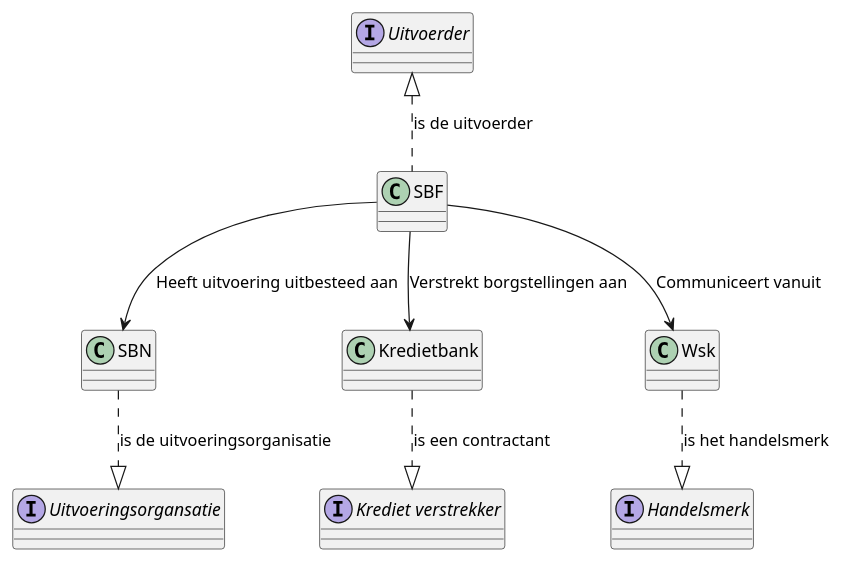
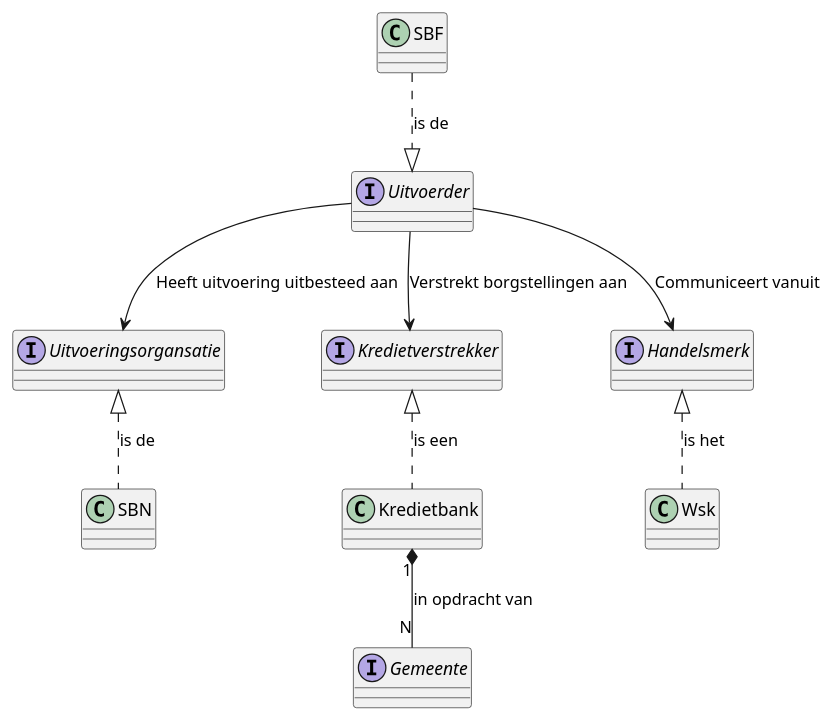
Before and after one commit to sbnnl/documentatie: the diagram in docs/context.puml, drawn with PlantUML.

Commit message:
context aangepast

```diff
--- a/docs/context.puml
+++ b/docs/context.puml
@@ -1,25 +1,29 @@
 @startuml
 
 
 interface Uitvoeringsorgansatie
 class SBN
 
 interface Uitvoerder
 class SBF
 
-interface "Krediet verstrekker" as Contractant
+interface Kredietverstrekker
 class Kredietbank
 
 interface Handelsmerk
 class Wsk
 
- Uitvoerder <|.. SBF : "is de uitvoerder"
-SBF --> Kredietbank : "Verstrekt borgstellingen aan"
-SBF --> Wsk : "Communiceert vanuit"
-SBF --> SBN : "Heeft uitvoering uitbesteed aan"
+interface Gemeente
 
-Kredietbank ..|> Contractant  : "is een contractant"
-Wsk ..|> Handelsmerk : "is het handelsmerk"
-SBN ..|> Uitvoeringsorgansatie : "is de uitvoeringsorganisatie"
+SBF ..|> Uitvoerder : "is de"
+Uitvoerder --> Kredietverstrekker : "Verstrekt borgstellingen aan"
+Uitvoerder --> Handelsmerk : "Communiceert vanuit"
+Uitvoerder --> Uitvoeringsorgansatie : "Heeft uitvoering uitbesteed aan"
+
+Kredietverstrekker <|.. Kredietbank : "is een"
+Handelsmerk <|.. Wsk : "is het"
+Uitvoeringsorgansatie <|.. SBN : "is de"
+
+Kredietbank "1" *-- "N" Gemeente : "in opdracht van"
 
 @enduml
```
